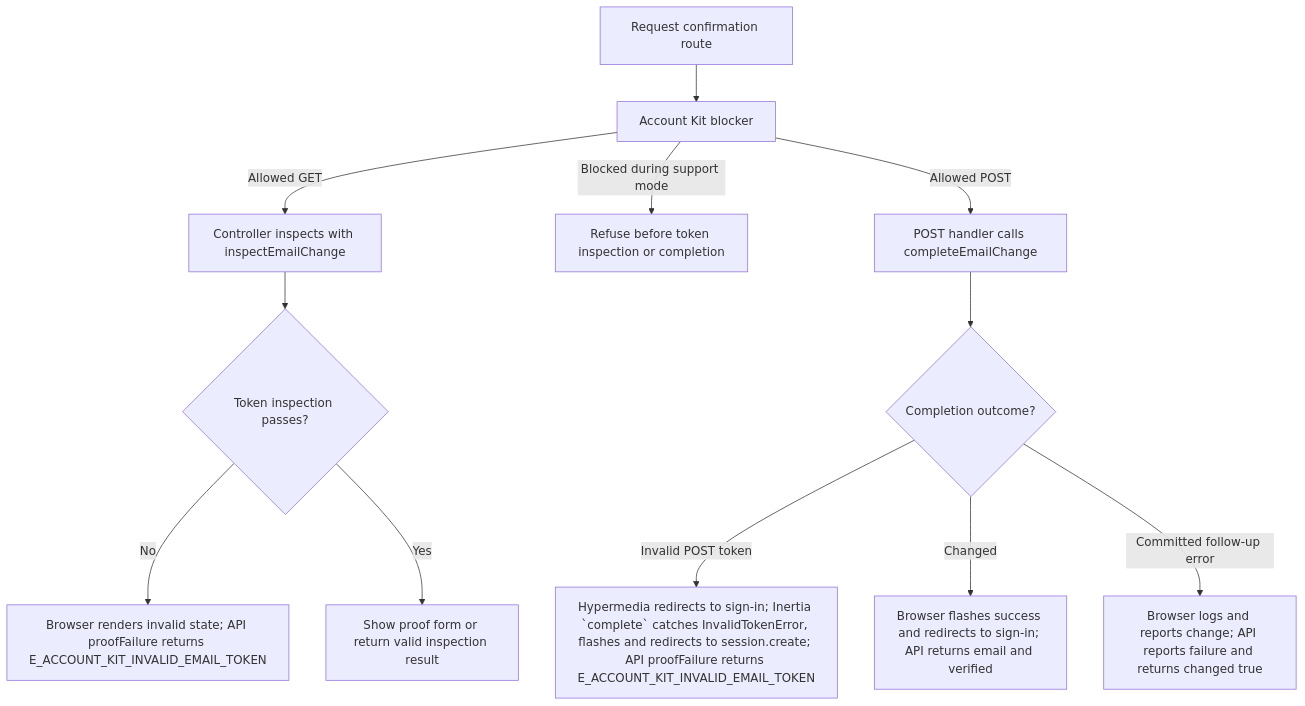
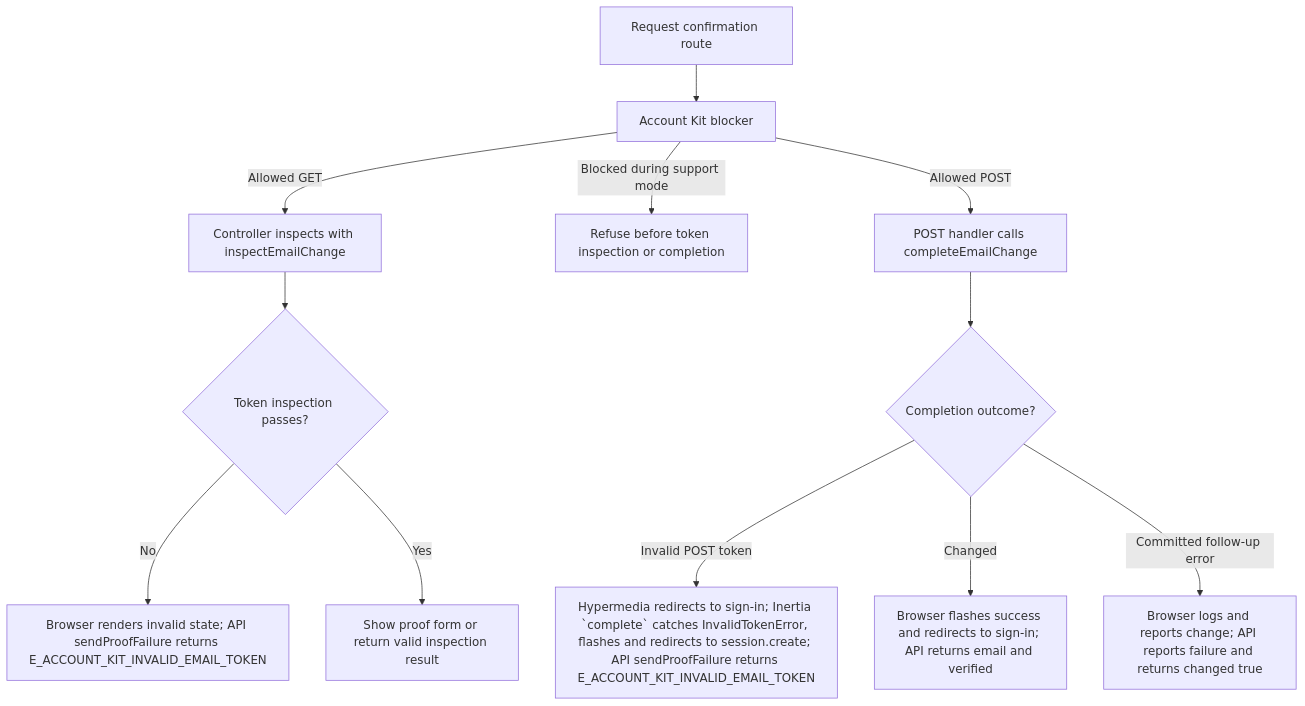
One commit to Kevinjohn/oss-adonisjs-starter-examples changed the second of 2 diagrams in user-stories/accounts/us-account-07-confirm-email-change.md. Above: the diagram before and after it, drawn with Mermaid. The commit also changed 27 other files, not shown here.

````diff
--- a/user-stories/accounts/us-account-07-confirm-email-change.md
+++ b/user-stories/accounts/us-account-07-confirm-email-change.md
@@ -45,14 +45,14 @@
 ```mermaid
 flowchart TD
     A["Request confirmation route"] --> Z["Account Kit blocker"]
     Z -->|Allowed GET| B["Controller inspects with inspectEmailChange"]
     Z -->|Blocked during support mode| Z1["Refuse before token inspection or completion"]
     B --> C{"Token inspection passes?"}
-    C -->|No| D["Browser renders invalid state; API proofFailure returns E_ACCOUNT_KIT_INVALID_EMAIL_TOKEN"]
+    C -->|No| D["Browser renders invalid state; API sendProofFailure returns E_ACCOUNT_KIT_INVALID_EMAIL_TOKEN"]
     C -->|Yes| V["Show proof form or return valid inspection result"]
     Z -->|Allowed POST| E["POST handler calls completeEmailChange"]
     E --> F{"Completion outcome?"}
-    F -->|Invalid POST token| J["Hypermedia redirects to sign-in; Inertia `complete` catches InvalidTokenError, flashes and redirects to session.create; API proofFailure returns E_ACCOUNT_KIT_INVALID_EMAIL_TOKEN"]
+    F -->|Invalid POST token| J["Hypermedia redirects to sign-in; Inertia `complete` catches InvalidTokenError, flashes and redirects to session.create; API sendProofFailure returns E_ACCOUNT_KIT_INVALID_EMAIL_TOKEN"]
     F -->|Changed| G["Browser flashes success and redirects to sign-in; API returns email and verified"]
     F -->|Committed follow-up error| H["Browser logs and reports change; API reports failure and returns changed true"]
 ```
````
